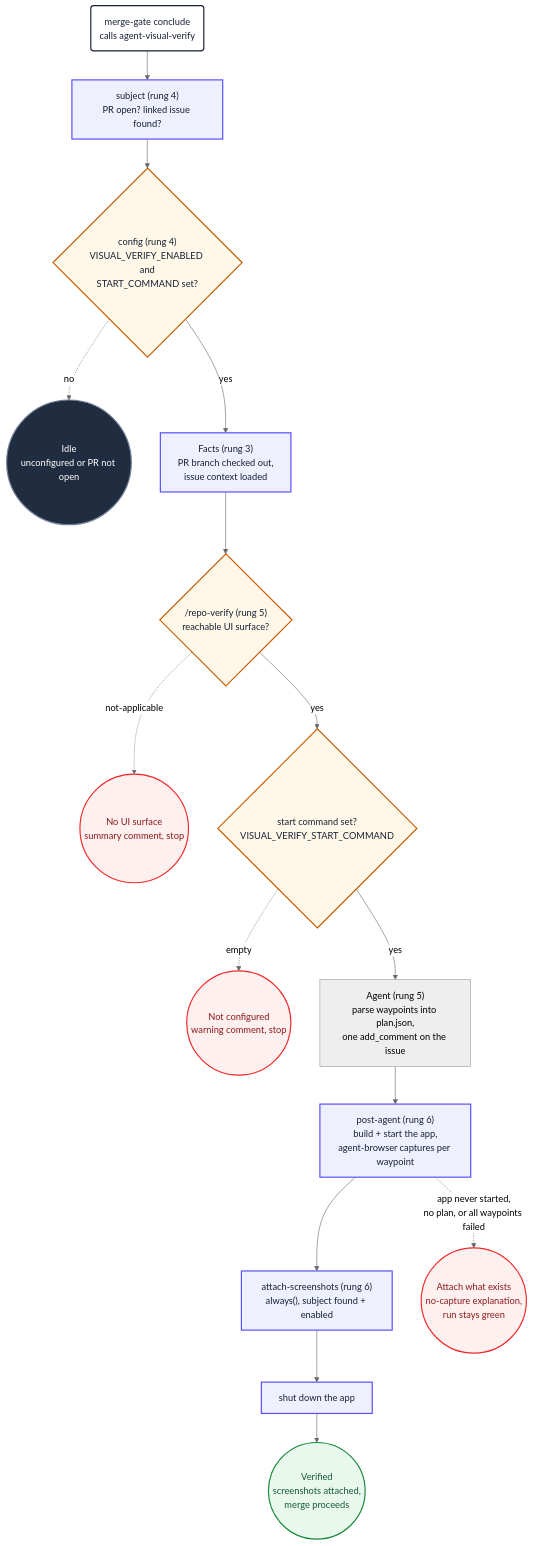
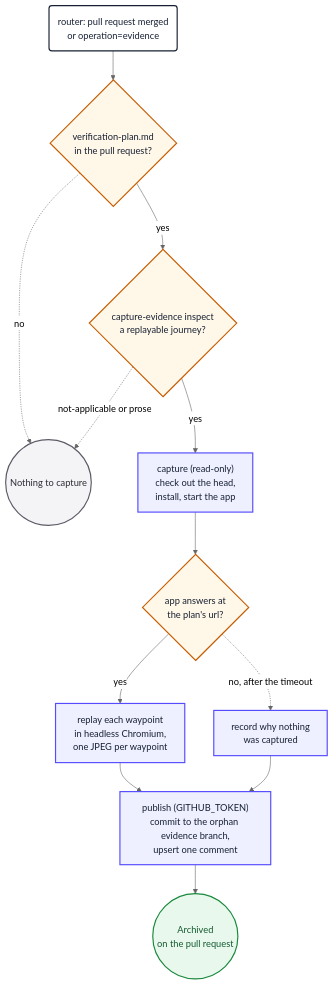
Before and after one commit to PlainConceptsPlatform/agentic-workflows: diagram 13 of 13 in loops/docs/diagrams.md, drawn with Mermaid (neutral theme). The commit also changed other lines of this file and 25 other files, not shown here.

````diff
--- a/loops/docs/diagrams.md
+++ b/loops/docs/diagrams.md
@@ -633,38 +633,30 @@
 ```mermaid
 flowchart TD
-    vvStart("merge-gate conclude<br/>calls agent-visual-verify") --> vvSubject
-    vvSubject["subject (rung 4)<br/>PR open? linked issue found?"] --> vvConfig
-    vvConfig{"config (rung 4)<br/>VISUAL_VERIFY_ENABLED and<br/>START_COMMAND set?"}
-    vvConfig -.->|"no"| vvIdle
-    vvConfig -->|"yes"| vvFacts
-    vvFacts["Facts (rung 3)<br/>PR branch checked out,<br/>issue context loaded"] --> vvPlan
-    vvPlan{"/repo-verify (rung 5)<br/>reachable UI surface?"}
-    vvPlan -.->|"not-applicable"| vvNoUi
-    vvPlan -->|"yes"| vvStartCmd
-    vvStartCmd{"start command set?<br/>VISUAL_VERIFY_START_COMMAND"}
-    vvStartCmd -.->|"empty"| vvNoStart
-    vvStartCmd -->|"yes"| vvAgent
-    vvAgent["Agent (rung 5)<br/>parse waypoints into plan.json,<br/>one add_comment on the issue"] --> vvCapture
-    vvCapture["post-agent (rung 6)<br/>build + start the app,<br/>agent-browser captures per waypoint"] --> vvAttach
-    vvAttach["attach-screenshots (rung 6)<br/>always(), subject found + enabled"] --> vvShutdown
-    vvShutdown["shut down the app"] --> vvDone
-    vvCapture -.->|"app never started,<br/>no plan, or all waypoints failed"| vvPartial
-    vvDone(("Verified<br/>screenshots attached,<br/>merge proceeds"))
-    vvPartial(("Attach what exists<br/>no-capture explanation,<br/>run stays green"))
-    vvNoUi(("No UI surface<br/>summary comment, stop"))
-    vvNoStart(("Not configured<br/>warning comment, stop"))
-    vvIdle(("Idle<br/>unconfigured or PR not open"))
+    evStart("router: pull request merged<br/>or operation=evidence") --> evPlans
+    evPlans{"verification-plan.md<br/>in the pull request?"}
+    evPlans -.->|"no"| evIdle
+    evPlans -->|"yes"| evInspect
+    evInspect{"capture-evidence inspect<br/>a replayable journey?"}
+    evInspect -.->|"not-applicable or prose"| evIdle
+    evInspect -->|"yes"| evApp
+    evApp["capture (read-only)<br/>check out the head,<br/>install, start the app"] --> evUp
+    evUp{"app answers at<br/>the plan's url?"}
+    evUp -->|"yes"| evReplay
+    evUp -.->|"no, after the timeout"| evUnreached
+    evReplay["replay each waypoint<br/>in headless Chromium,<br/>one JPEG per waypoint"] --> evPublish
+    evUnreached["record why nothing<br/>was captured"] --> evPublish
+    evPublish["publish (GITHUB_TOKEN)<br/>commit to the orphan evidence branch,<br/>upsert one comment"] --> evDone
+    evDone(("Archived<br/>on the pull request"))
+    evIdle(("Nothing to capture"))
 
     classDef start fill:#ffffff,stroke:#172033,stroke-width:2px,color:#172033
     classDef action fill:#eef0ff,stroke:#554cff,stroke-width:2px,color:#172033
     classDef decision fill:#fff8e8,stroke:#c75b00,stroke-width:2px,color:#172033
-    classDef idle fill:#202c40,stroke:#738198,stroke-width:2px,color:#ffffff
-    classDef failure fill:#fff0f0,stroke:#ef2929,stroke-width:2px,color:#8b1a1a
+    classDef idle fill:#f4f4f6,stroke:#5b5b66,stroke-width:2px,color:#2b2b33
     classDef success fill:#e8f8ec,stroke:#18883c,stroke-width:2px,color:#145a32
-    class vvStart start
-    class vvSubject,vvFacts,vvCapture,vvAttach,vvShutdown action
-    class vvConfig,vvPlan,vvStartCmd decision
-    class vvIdle idle
-    class vvNoUi,vvNoStart,vvPartial failure
-    class vvDone success
+    class evStart start
+    class evApp,evReplay,evUnreached,evPublish action
+    class evPlans,evInspect,evUp decision
+    class evIdle idle
+    class evDone success
 ```
````
